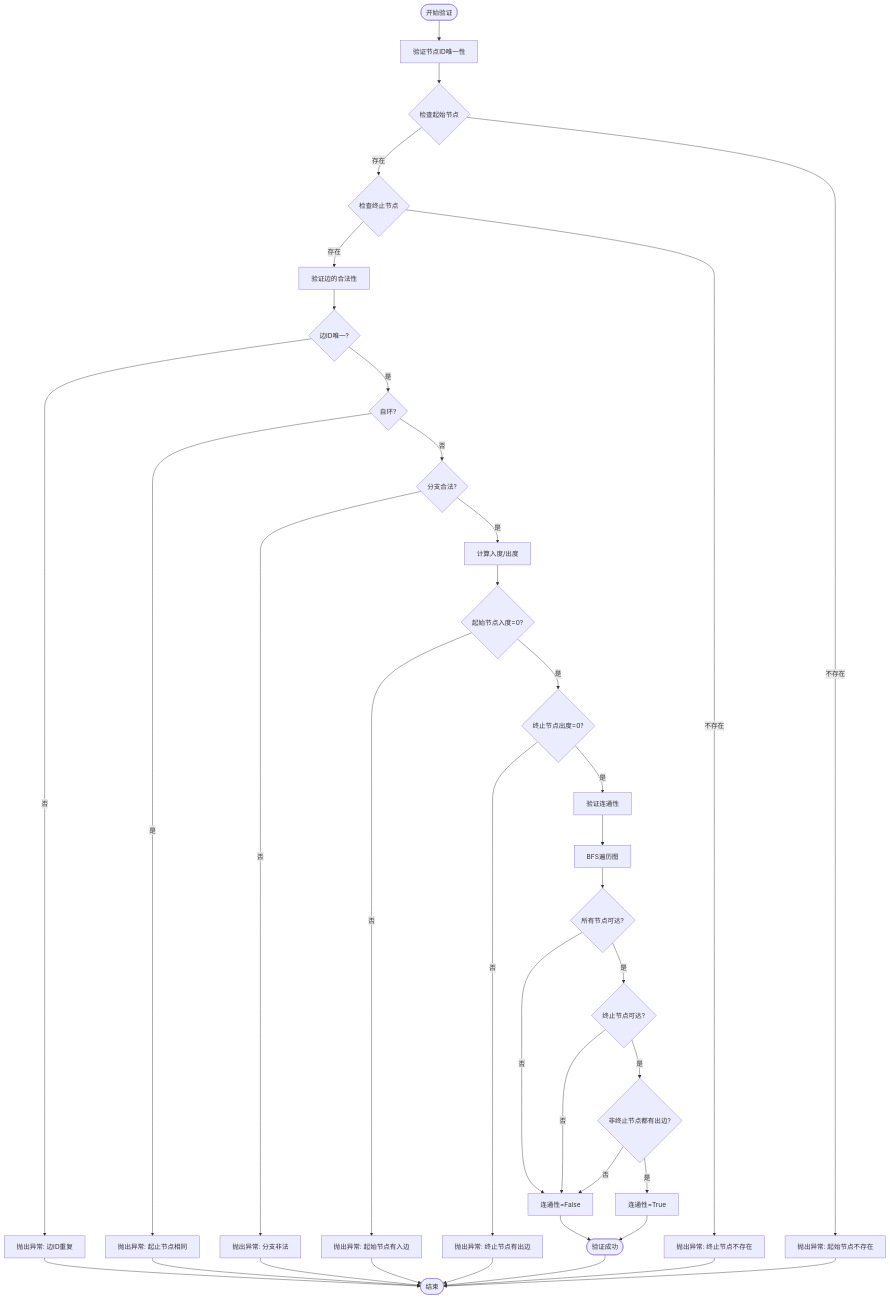
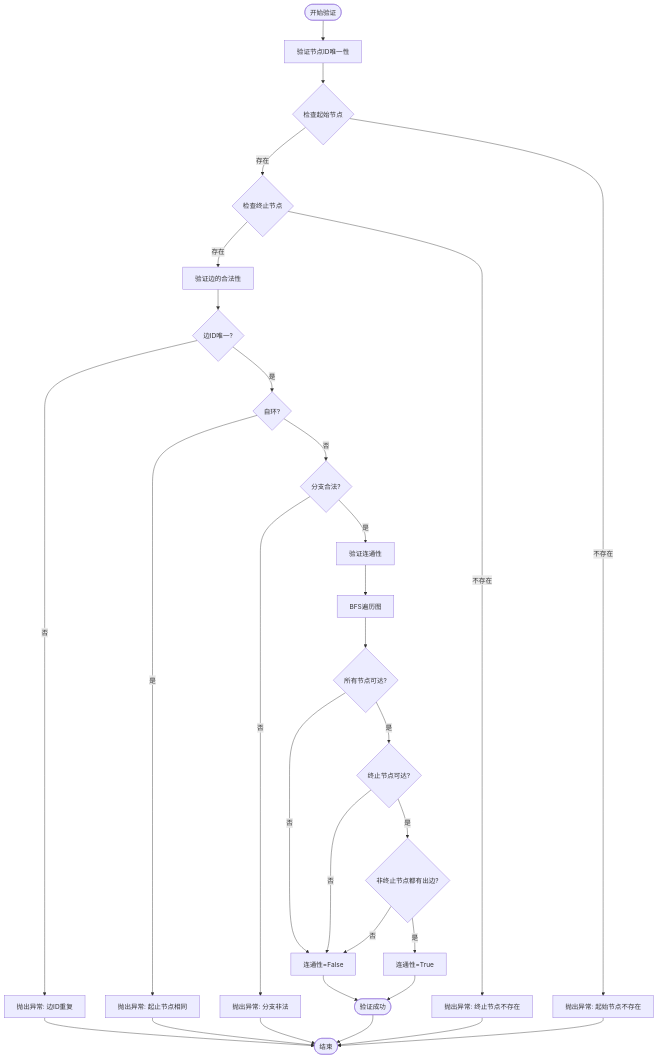
Before and after one commit to HongyuS/euler-copilot-framework: the fifth of 10 diagrams in design/services/flow.md, drawn with Mermaid. The commit also changed other lines of this file and 1 other file, not shown here.

Commit message:
更新flowexecutor和comment模块文档

````diff
--- a/design/services/flow.md
+++ b/design/services/flow.md
@@ -222,44 +221,36 @@
 ```mermaid
 flowchart TD
     Start([开始验证]) --> ValidateNodes[验证节点ID唯一性]
     ValidateNodes --> CheckStart{检查起始节点}
     CheckStart -->|存在| CheckEnd{检查终止节点}
     CheckStart -->|不存在| Error1[抛出异常: 起始节点不存在]
     CheckEnd -->|存在| ValidateEdges[验证边的合法性]
     CheckEnd -->|不存在| Error2[抛出异常: 终止节点不存在]
 
     ValidateEdges --> CheckEdgeId{边ID唯一?}
     CheckEdgeId -->|否| Error3[抛出异常: 边ID重复]
     CheckEdgeId -->|是| CheckSelfLoop{自环?}
     CheckSelfLoop -->|是| Error4[抛出异常: 起止节点相同]
     CheckSelfLoop -->|否| CheckBranch{分支合法?}
     CheckBranch -->|否| Error5[抛出异常: 分支非法]
-    CheckBranch -->|是| CalcDegree[计算入度/出度]
-
-    CalcDegree --> CheckStartDeg{起始节点入度=0?}
-    CheckStartDeg -->|否| Error6[抛出异常: 起始节点有入边]
-    CheckStartDeg -->|是| CheckEndDeg{终止节点出度=0?}
-    CheckEndDeg -->|否| Error7[抛出异常: 终止节点有出边]
-    CheckEndDeg -->|是| ValidateConn[验证连通性]
+    CheckBranch -->|是| ValidateConn[验证连通性]
 
     ValidateConn --> BFS[BFS遍历图]
     BFS --> CheckReachable{所有节点可达?}
     CheckReachable -->|否| ConnFalse[连通性=False]
     CheckReachable -->|是| CheckEndReachable{终止节点可达?}
     CheckEndReachable -->|否| ConnFalse
     CheckEndReachable -->|是| CheckOutEdge{非终止节点都有出边?}
     CheckOutEdge -->|否| ConnFalse
     CheckOutEdge -->|是| ConnTrue[连通性=True]
 
     ConnTrue --> Success([验证成功])
     ConnFalse --> Success
 
     Error1 --> End([结束])
     Error2 --> End
     Error3 --> End
     Error4 --> End
     Error5 --> End
-    Error6 --> End
-    Error7 --> End
     Success --> End
 ```
````
